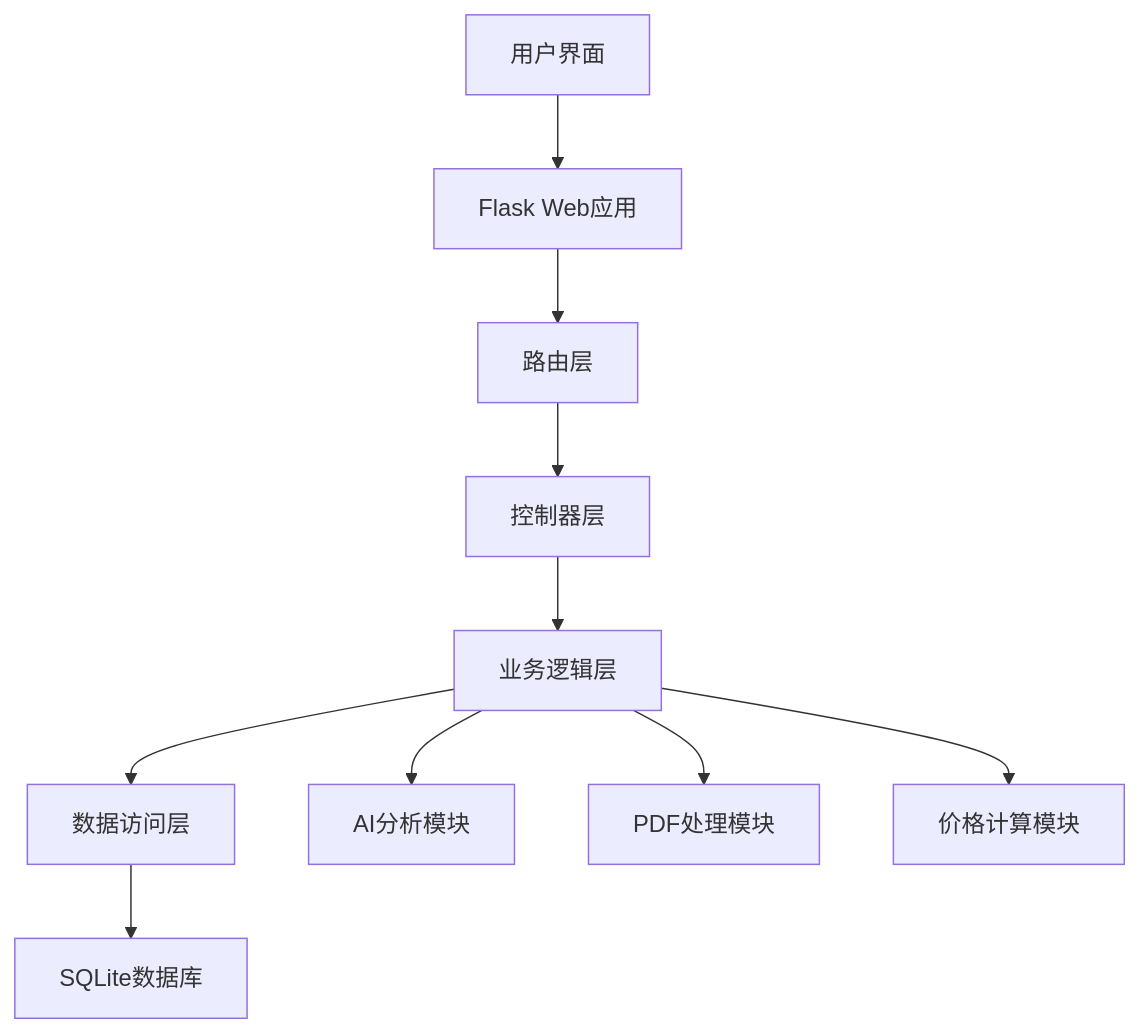
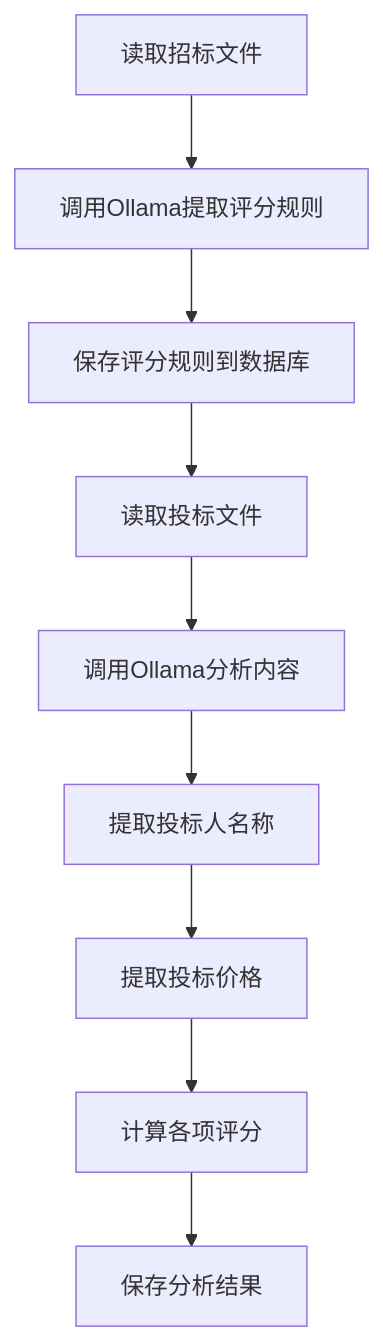
Before and after one commit to zhd5258/AI_env2: the third of 20 diagrams in docs/流程图.md, drawn with Mermaid. The commit also changed other lines of this file and 33 other files, not shown here.

````diff
--- a/docs/流程图.md
+++ b/docs/流程图.md
@@ -5,12 +32,11 @@
 ```mermaid
-graph TB
-    A[用户界面] --> B[Flask Web应用]
-    B --> C[路由层]
-    C --> D[控制器层]
-    D --> E[业务逻辑层]
-    E --> F[数据访问层]
-    F --> G[SQLite数据库]
-    E --> H[AI分析模块]
-    E --> I[PDF处理模块]
-    E --> J[价格计算模块]
+graph TD
+    A[读取招标文件] --> B[调用Ollama提取评分规则]
+    B --> C[保存评分规则到数据库]
+    C --> D[读取投标文件]
+    D --> E[调用Ollama分析内容]
+    E --> F[提取投标人名称]
+    F --> G[提取投标价格]
+    G --> H[计算各项评分]
+    H --> I[保存分析结果]
 ```
````
